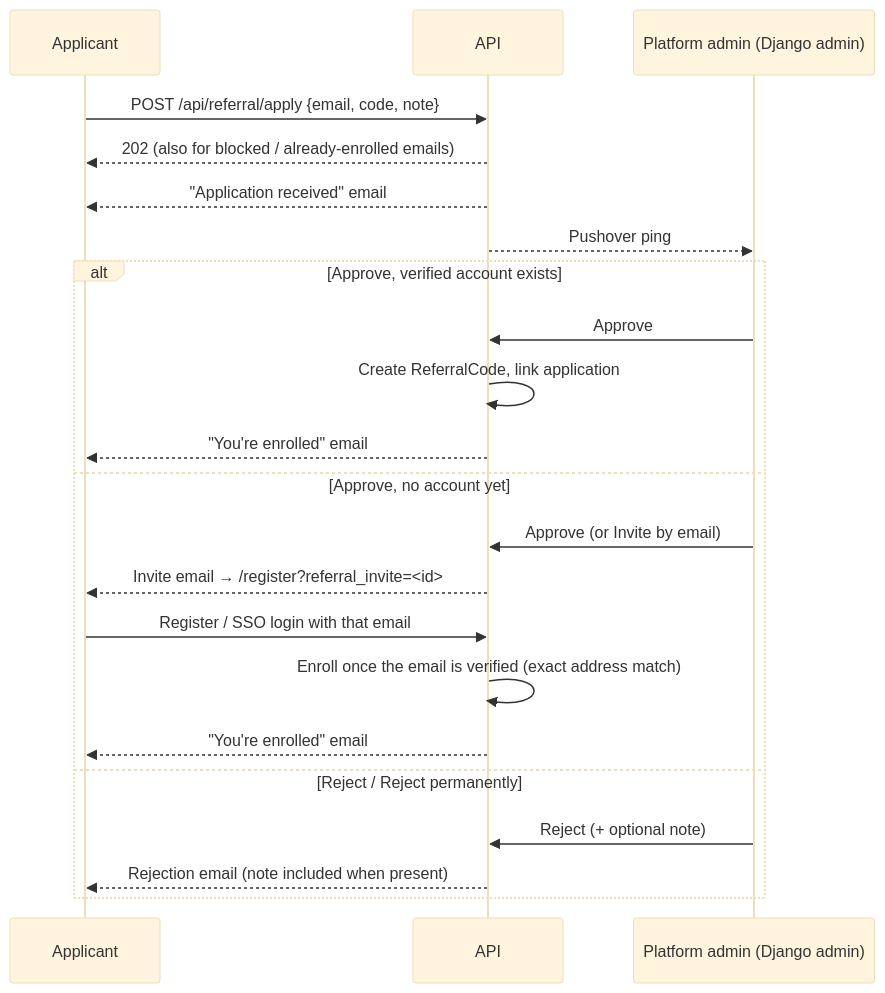
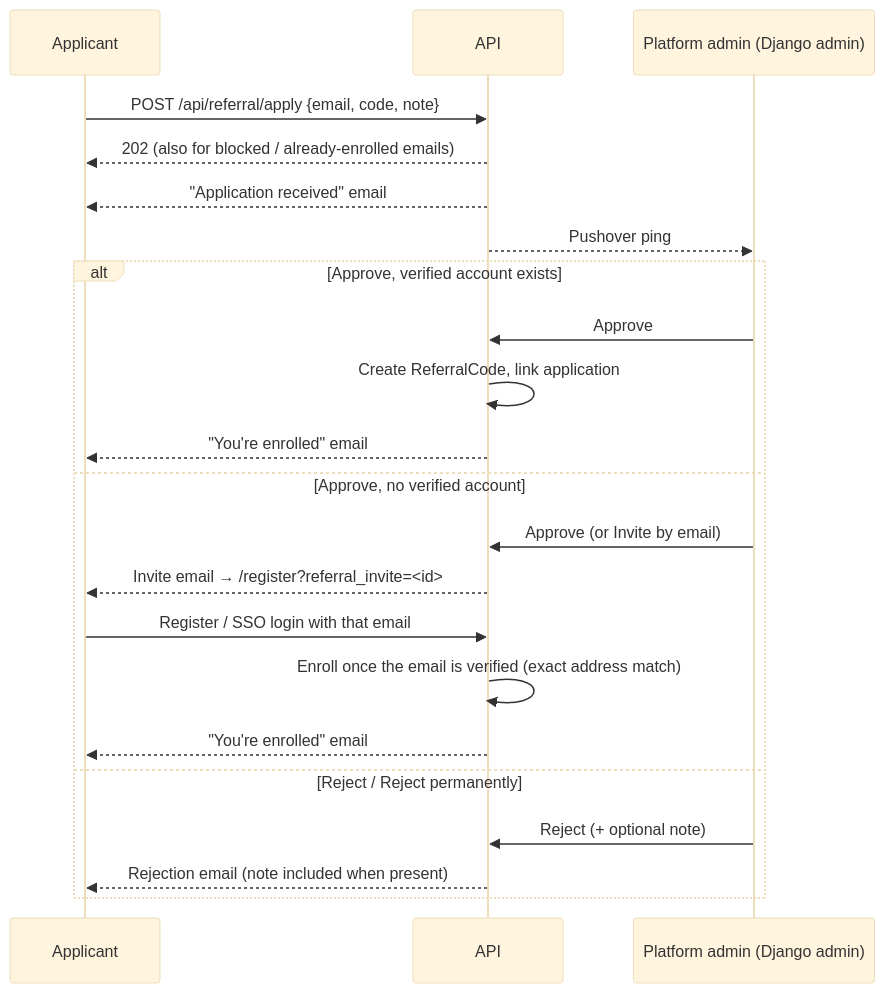
Before and after one commit to letsrevel/revel-backend: diagram 11 of 12 in docs/guides/user-journey.md, drawn with Mermaid (base theme). The commit also changed other lines of this file and 7 other files, not shown here.

````diff
--- a/docs/guides/user-journey.md
+++ b/docs/guides/user-journey.md
@@ -668,26 +668,26 @@
 ```mermaid
 sequenceDiagram
     participant A as Applicant
     participant API as API
     participant Adm as Platform admin (Django admin)
 
     A->>API: POST /api/referral/apply {email, code, note}
     API-->>A: 202 (also for blocked / already-enrolled emails)
     API-->>A: "Application received" email
     API-->>Adm: Pushover ping
 
     alt Approve, verified account exists
         Adm->>API: Approve
         API->>API: Create ReferralCode, link application
         API-->>A: "You're enrolled" email
-    else Approve, no account yet
+    else Approve, no verified account
         Adm->>API: Approve (or Invite by email)
         API-->>A: Invite email → /register?referral_invite=<id>
         A->>API: Register / SSO login with that email
         API->>API: Enroll once the email is verified (exact address match)
         API-->>A: "You're enrolled" email
     else Reject / Reject permanently
         Adm->>API: Reject (+ optional note)
         API-->>A: Rejection email (note included when present)
     end
 ```
````
